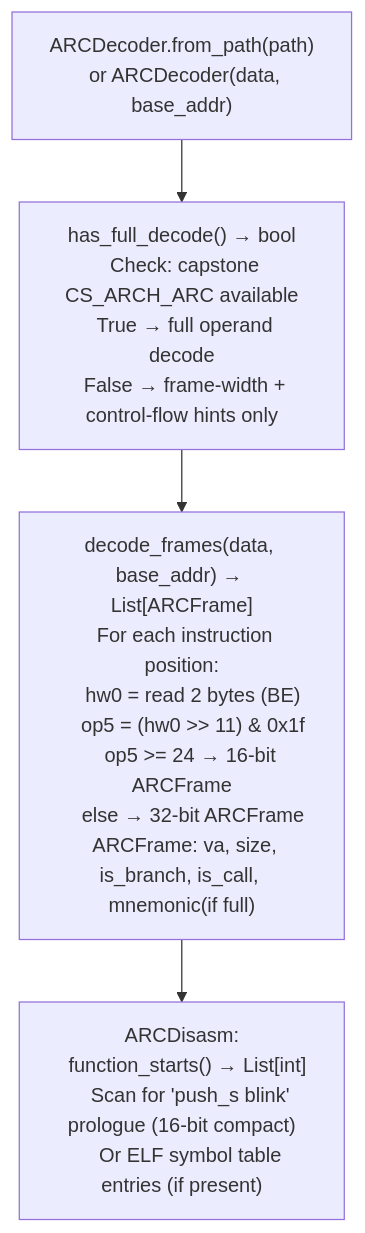
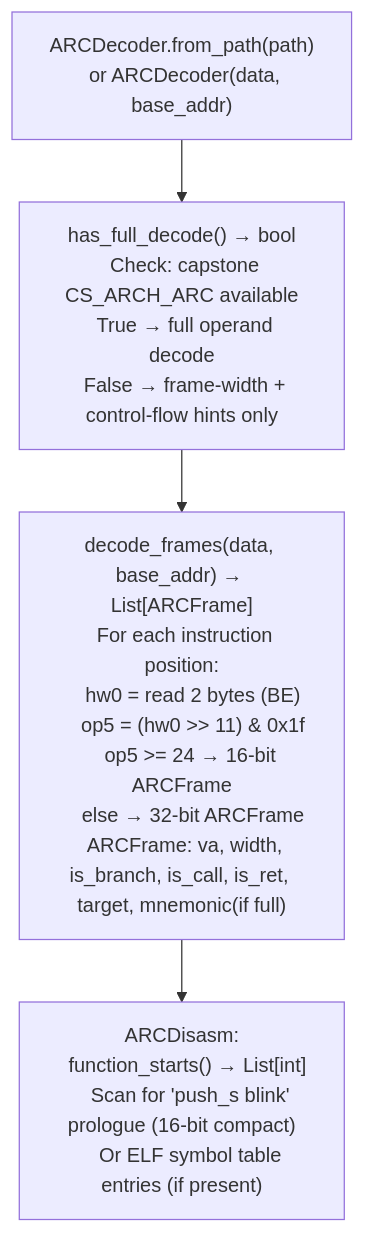
One commit to Ablation-Tool/ablation changed the diagram in docs/reference-modules/huawei-modified-squashfs.md. Above: the diagram before and after it, drawn with Mermaid. The commit also changed other lines of this file, not shown here.

Commit message:
docs: fix ARCFrame.size → ARCFrame.width in huawei-modified-squashfs.md
ARCFrame field is width (2 or 4 bytes), not size. Fixed both the Usage
code example and the How it works flowchart description.

````diff
--- a/docs/reference-modules/huawei-modified-squashfs.md
+++ b/docs/reference-modules/huawei-modified-squashfs.md
@@ -19,6 +19,6 @@
 ```mermaid
 flowchart TD
     A["ARCDecoder.from_path(path)\n  or ARCDecoder(data, base_addr)"] --> B["has_full_decode() → bool\n  Check: capstone CS_ARCH_ARC available\n  True → full operand decode\n  False → frame-width + control-flow hints only"]
-    B --> C["decode_frames(data, base_addr) → List[ARCFrame]\n  For each instruction position:\n    hw0 = read 2 bytes (BE)\n    op5 = (hw0 >> 11) & 0x1f\n    op5 >= 24 → 16-bit ARCFrame\n    else → 32-bit ARCFrame\n  ARCFrame: va, size, is_branch, is_call, mnemonic(if full)"]
+    B --> C["decode_frames(data, base_addr) → List[ARCFrame]\n  For each instruction position:\n    hw0 = read 2 bytes (BE)\n    op5 = (hw0 >> 11) & 0x1f\n    op5 >= 24 → 16-bit ARCFrame\n    else → 32-bit ARCFrame\n  ARCFrame: va, width, is_branch, is_call, is_ret, target, mnemonic(if full)"]
     C --> D["ARCDisasm:\n  function_starts() → List[int]\n    Scan for 'push_s blink' prologue (16-bit compact)\n    Or ELF symbol table entries (if present)"]
 ```
````
